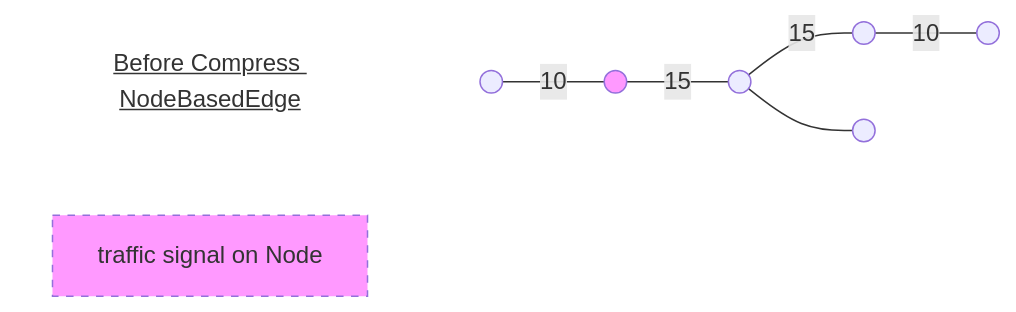
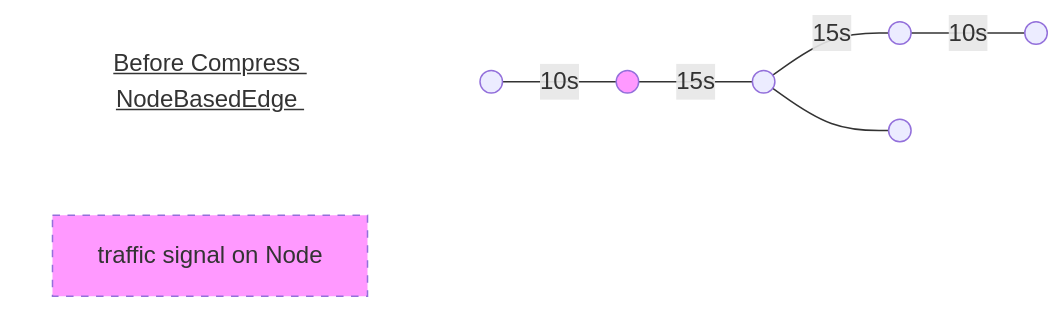
One commit to Telenav/open-source-spec changed the diagram in osrm/graph/before_compress_nodebasededge.mmd. Above: the diagram before and after it, drawn with Mermaid. The commit also changed 4 other files, not shown here.

````diff
--- a/osrm/graph/before_compress_nodebasededge.mmd
+++ b/osrm/graph/before_compress_nodebasededge.mmd
@@ -1,24 +1,24 @@
 %% Call below command to convert .mmd to .png
 %%  Adjust -w or -H if necessary
 %% mmdc -p puppeteer-config.json -i before_compress_nodebasededge.mmd -o before_compress_nodebasededge.mmd.png
 
 %%```mermaid
 graph LR
-Title[<u>Before Compress NodeBasedEdge</u>]
+Title[<u>Before Compress NodeBasedEdge </u>]
 Title --- Node1(( ))
 style Title fill:#FFF,stroke:#FFF
 linkStyle 0 stroke:#FFF,stroke-width:0;
 
-Node1 -- 10 --- Node2(( ))
-Node2 -- 15 --- Node3(( ))
-Node3 -- 15 --- Node4(( ))
-Node4 -- 10 --- Node5(( ))
+Node1 -- 10s --- Node2(( ))
+Node2 -- 15s --- Node3(( ))
+Node3 -- 15s --- Node4(( ))
+Node4 -- 10s --- Node5(( ))
 
 Node3 --- Node7(( ))
 
 style Node2 fill:#f9f
 
 Comment["traffic signal on Node"]
 style Comment fill:#f9f,stroke-dasharray: 5, 5
 
 %%```
````
